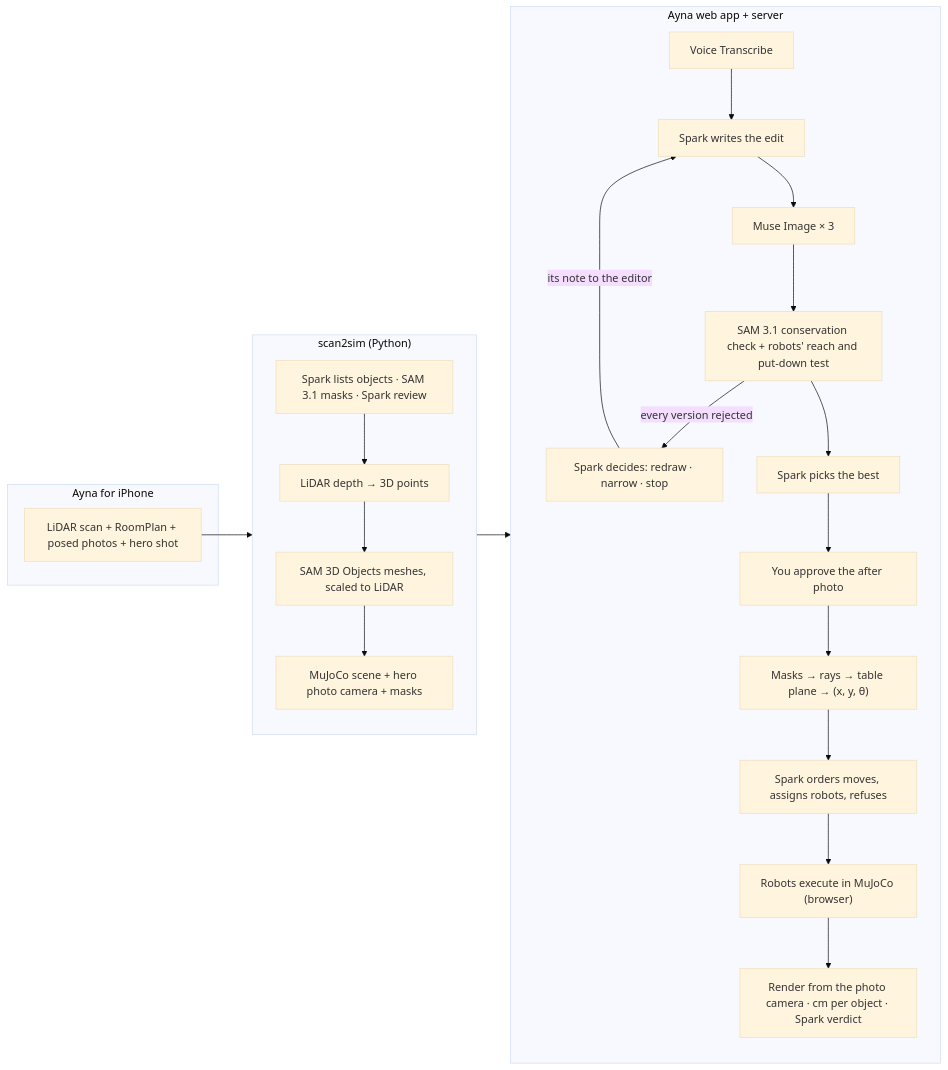
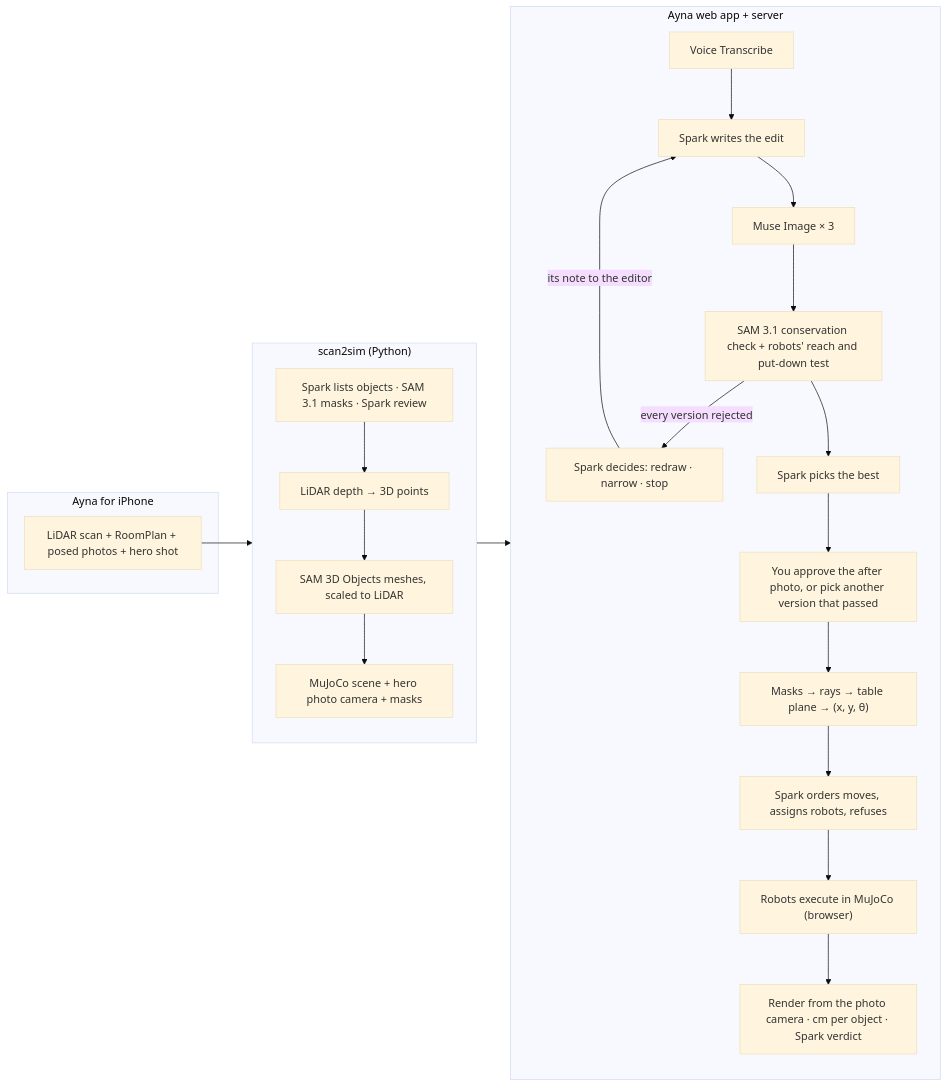
Before and after one commit to sabr2007/meta-global-hackathon: the diagram in README.md, drawn with Mermaid (base theme).

Commit message:
docs: README's loop shows the person can pick another passing version

````diff
--- a/README.md
+++ b/README.md
@@ -49,27 +49,27 @@
 ```mermaid
 flowchart LR
   subgraph phone["Ayna for iPhone"]
     scan["LiDAR scan + RoomPlan + posed photos + hero shot"]
   end
   subgraph pipeline["scan2sim (Python)"]
     perceive["Spark lists objects · SAM 3.1 masks · Spark review"]
     lift["LiDAR depth → 3D points"]
     sam3d["SAM 3D Objects meshes, scaled to LiDAR"]
     bundle["MuJoCo scene + hero photo camera + masks"]
     perceive --> lift --> sam3d --> bundle
   end
   subgraph app["Ayna web app + server"]
     voice["Voice Transcribe"] --> instruct["Spark writes the edit"]
     instruct --> imagine["Muse Image × 3"]
     imagine --> check["SAM 3.1 conservation check + robots' reach and put-down test"]
     check -- every version rejected --> decide["Spark decides: redraw · narrow · stop"]
     decide -- its note to the editor --> instruct
     check --> judge["Spark picks the best"]
-    judge --> approve["You approve the after photo"]
+    judge --> approve["You approve the after photo, or pick another version that passed"]
     approve --> goals["Masks → rays → table plane → (x, y, θ)"]
     goals --> plan["Spark orders moves, assigns robots, refuses"]
     plan --> sim["Robots execute in MuJoCo (browser)"]
     sim --> verify["Render from the photo camera · cm per object · Spark verdict"]
   end
   scan --> pipeline --> app
 ```
````
